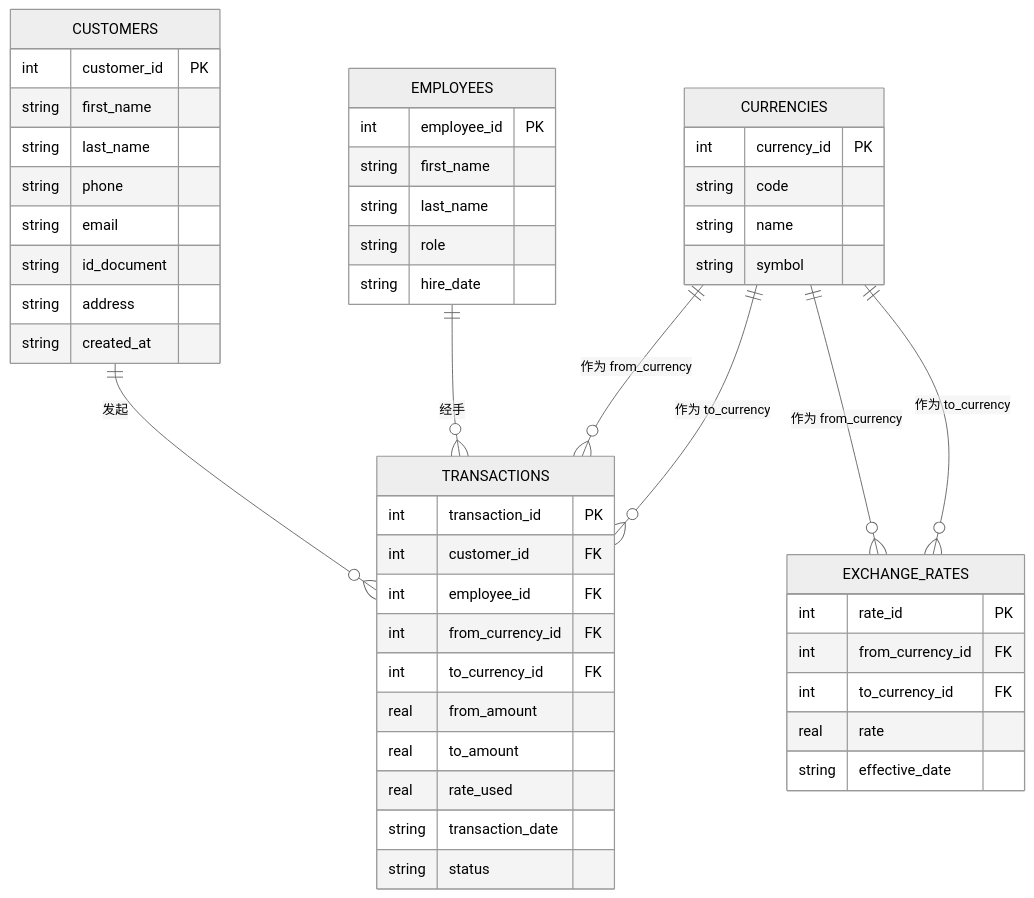
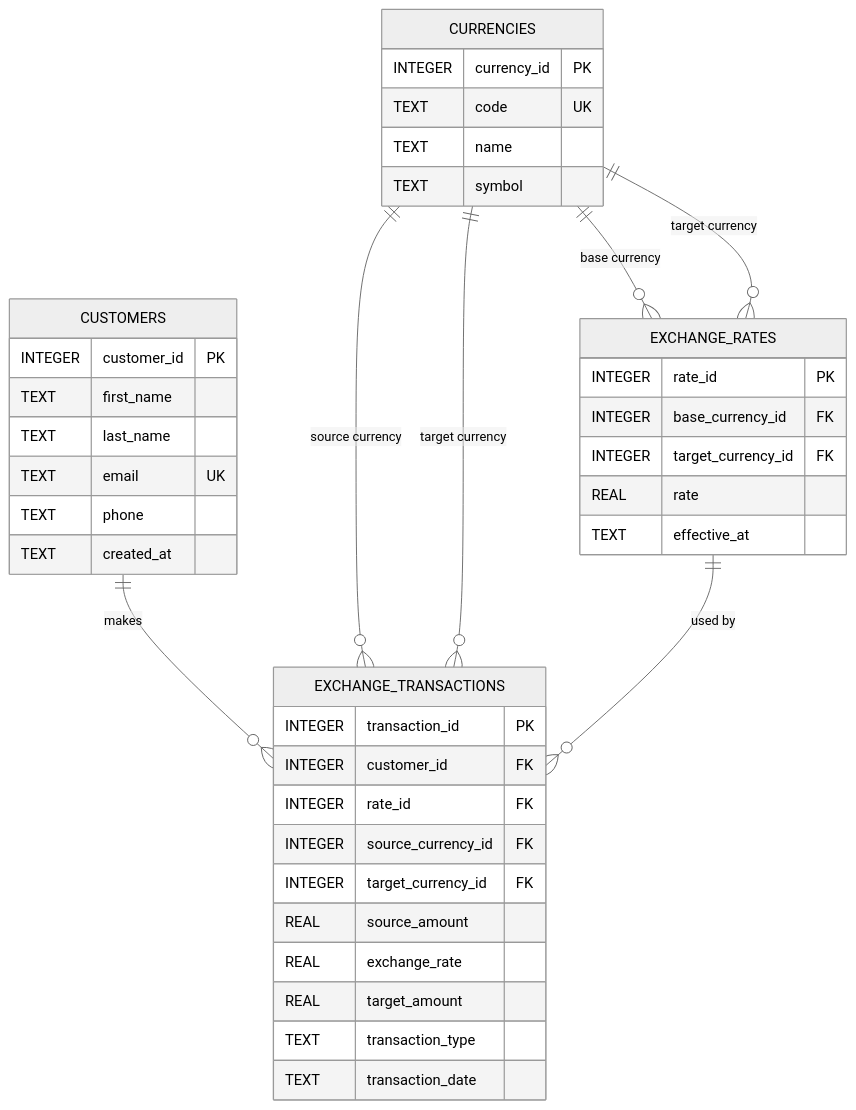
Before and after one commit to Enfrai/YB800_professional_software_engineering: the diagram in week_3_activity_5_money_exchange/README.md, drawn with Mermaid (neutral theme). The commit also changed other lines of this file and 13 other files, not shown here.

````diff
--- a/week_3_activity_5_money_exchange/README.md
+++ b/week_3_activity_5_money_exchange/README.md
@@ -34,56 +48,46 @@
 ```mermaid
 erDiagram
-    CUSTOMERS ||--o{ TRANSACTIONS : "发起"
-    EMPLOYEES ||--o{ TRANSACTIONS : "经手"
-    CURRENCIES ||--o{ TRANSACTIONS : "作为 from_currency"
-    CURRENCIES ||--o{ TRANSACTIONS : "作为 to_currency"
-    CURRENCIES ||--o{ EXCHANGE_RATES : "作为 from_currency"
-    CURRENCIES ||--o{ EXCHANGE_RATES : "作为 to_currency"
+    CUSTOMERS ||--o{ EXCHANGE_TRANSACTIONS : makes
+    CURRENCIES ||--o{ EXCHANGE_TRANSACTIONS : "source currency"
+    CURRENCIES ||--o{ EXCHANGE_TRANSACTIONS : "target currency"
+    CURRENCIES ||--o{ EXCHANGE_RATES : "base currency"
+    CURRENCIES ||--o{ EXCHANGE_RATES : "target currency"
+    EXCHANGE_RATES ||--o{ EXCHANGE_TRANSACTIONS : "used by"
 
     CUSTOMERS {
-        int customer_id PK
-        string first_name
-        string last_name
-        string phone
-        string email
-        string id_document
-        string address
-        string created_at
+        INTEGER customer_id PK
+        TEXT first_name
+        TEXT last_name
+        TEXT email UK
+        TEXT phone
+        TEXT created_at
     }
 
     CURRENCIES {
-        int currency_id PK
-        string code
-        string name
-        string symbol
-    }
-
-    EMPLOYEES {
-        int employee_id PK
-        string first_name
-        string last_name
-        string role
-        string hire_date
+        INTEGER currency_id PK
+        TEXT code UK
+        TEXT name
+        TEXT symbol
     }
 
     EXCHANGE_RATES {
-        int rate_id PK
-        int from_currency_id FK
-        int to_currency_id FK
-        real rate
-        string effective_date
+        INTEGER rate_id PK
+        INTEGER base_currency_id FK
+        INTEGER target_currency_id FK
+        REAL rate
+        TEXT effective_at
     }
 
-    TRANSACTIONS {
-        int transaction_id PK
-        int customer_id FK
-        int employee_id FK
-        int from_currency_id FK
-        int to_currency_id FK
-        real from_amount
-        real to_amount
-        real rate_used
-        string transaction_date
-        string status
+    EXCHANGE_TRANSACTIONS {
+        INTEGER transaction_id PK
+        INTEGER customer_id FK
+        INTEGER rate_id FK
+        INTEGER source_currency_id FK
+        INTEGER target_currency_id FK
+        REAL source_amount
+        REAL exchange_rate
+        REAL target_amount
+        TEXT transaction_type
+        TEXT transaction_date
     }
 ```
````
